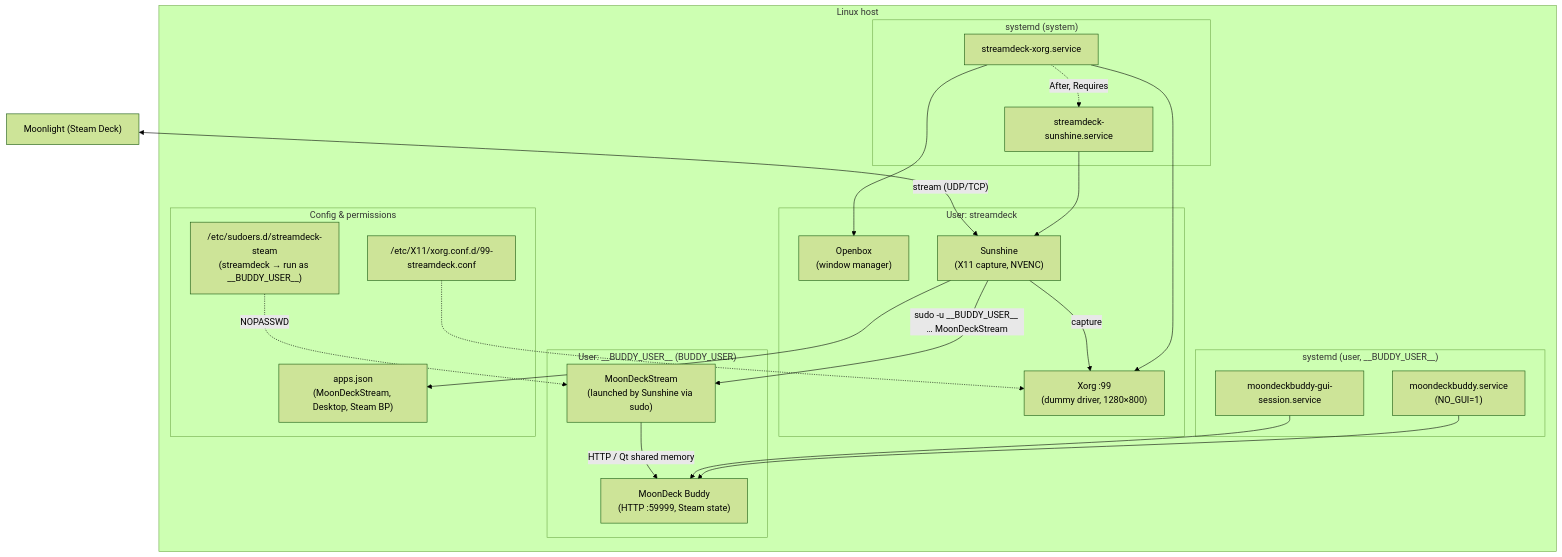
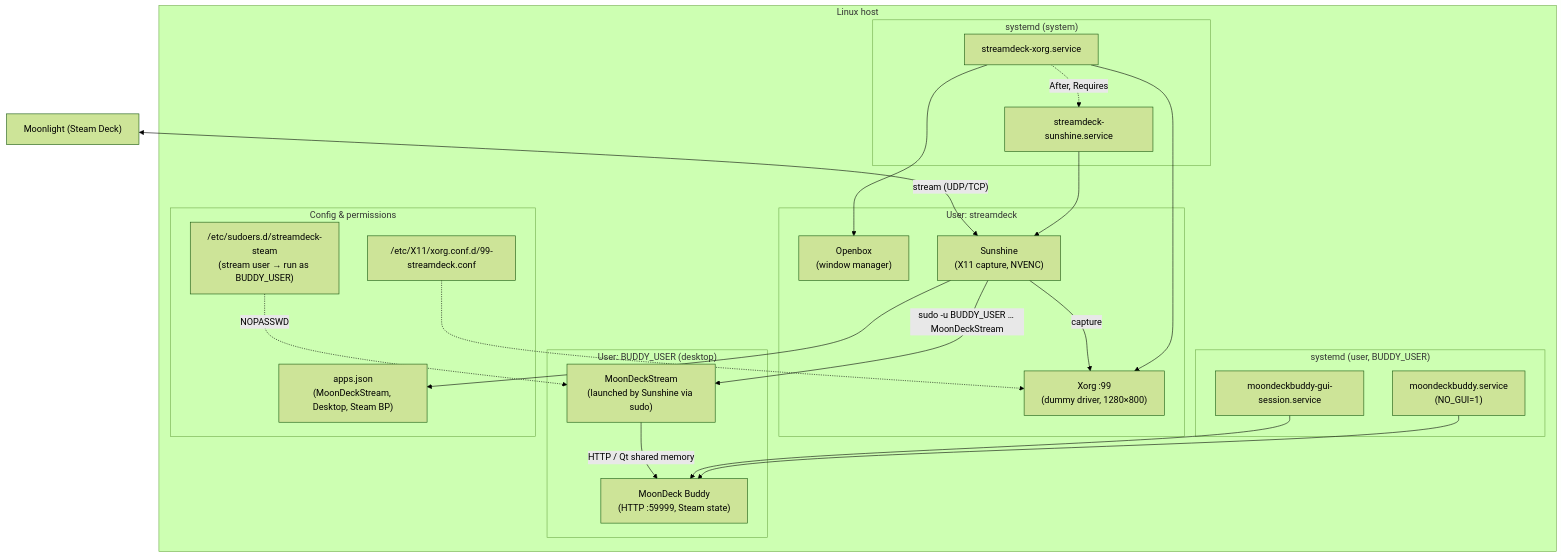
One commit to BenStringer3/StreamDeck2 changed the first of 2 diagrams in README.md. Above: the diagram before and after it, drawn with Mermaid (forest theme). The commit also changed other lines of this file and 15 other files, not shown here.

````diff
--- a/README.md
+++ b/README.md
@@ -33,42 +35,42 @@
 ```mermaid
 flowchart TB
     subgraph host["Linux host"]
         subgraph systemd_system["systemd (system)"]
             xorg_svc["streamdeck-xorg.service"]
             sunshine_svc["streamdeck-sunshine.service"]
         end
         subgraph streamdeck["User: streamdeck"]
             Xorg["Xorg :99\n(dummy driver, 1280×800)"]
             Openbox["Openbox\n(window manager)"]
             Sunshine["Sunshine\n(X11 capture, NVENC)"]
         end
-        subgraph buddy_user["User: __BUDDY_USER__ (BUDDY_USER)"]
+        subgraph buddy_user["User: BUDDY_USER (desktop)"]
             Buddy["MoonDeck Buddy\n(HTTP :59999, Steam state)"]
             MDS["MoonDeckStream\n(launched by Sunshine via sudo)"]
         end
-        subgraph systemd_user["systemd (user, __BUDDY_USER__)"]
+        subgraph systemd_user["systemd (user, BUDDY_USER)"]
             buddy_svc["moondeckbuddy.service\n(NO_GUI=1)"]
             buddy_gui_svc["moondeckbuddy-gui-session.service"]
         end
         subgraph config["Config & permissions"]
             apps["apps.json\n(MoonDeckStream, Desktop, Steam BP)"]
-            sudoers["/etc/sudoers.d/streamdeck-steam\n(streamdeck → run as __BUDDY_USER__)"]
+            sudoers["/etc/sudoers.d/streamdeck-steam\n(stream user → run as BUDDY_USER)"]
             xorg_conf["/etc/X11/xorg.conf.d/99-streamdeck.conf"]
         end
     end
     Moonlight["Moonlight (Steam Deck)"]
 
     xorg_svc -.->|"After, Requires"| sunshine_svc
     xorg_svc --> Xorg
     xorg_svc --> Openbox
     sunshine_svc --> Sunshine
     buddy_svc --> Buddy
     buddy_gui_svc --> Buddy
     xorg_conf -.-> Xorg
     Sunshine --> apps
     Sunshine -->|"capture"| Xorg
-    Sunshine -->|"sudo -u __BUDDY_USER__ … MoonDeckStream"| MDS
+    Sunshine -->|"sudo -u BUDDY_USER … MoonDeckStream"| MDS
     MDS -->|"HTTP / Qt shared memory"| Buddy
     Moonlight <-->|"stream (UDP/TCP)"| Sunshine
     sudoers -.->|"NOPASSWD"| MDS
 ```
````
